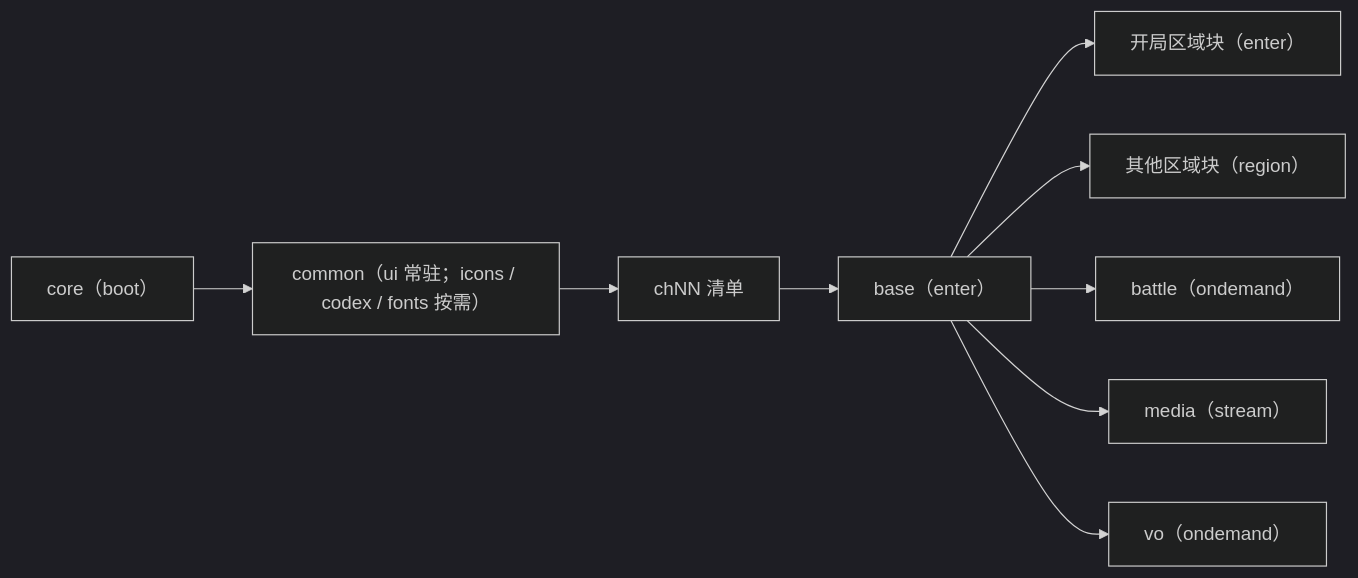
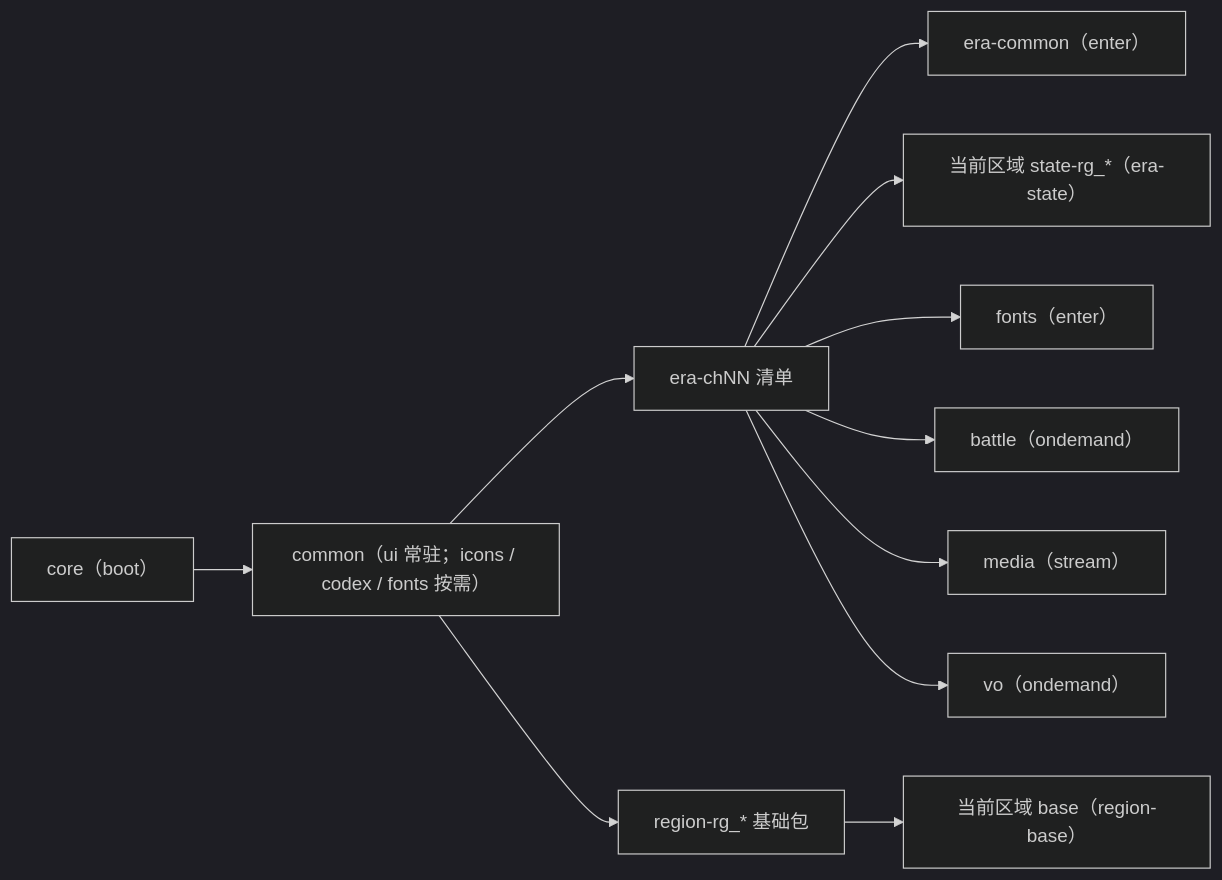
Before and after one commit to radarxc/jinyongqunxia: the third of 7 diagrams in docs/tech/06-asset-storage.md, drawn with Mermaid (dark theme). The commit also changed other lines of this file and 1 other file, not shown here.

````diff
--- a/docs/tech/06-asset-storage.md
+++ b/docs/tech/06-asset-storage.md
@@ -750,11 +786,13 @@
 ```mermaid
 flowchart LR
   core["core（boot）"] --> common["common（ui 常驻；icons / codex / fonts 按需）"]
-  common --> chm["chNN 清单"]
-  chm --> base["base（enter）"]
-  base --> rgS["开局区域块（enter）"]
-  base --> rgX["其他区域块（region）"]
-  base --> bt["battle（ondemand）"]
-  base --> md["media（stream）"]
-  base --> vo["vo（ondemand）"]
+  common --> era["era-chNN 清单"]
+  common --> region["region-rg_* 基础包"]
+  era --> ec["era-common（enter）"]
+  region --> rb["当前区域 base（region-base）"]
+  era --> rs["当前区域 state-rg_*（era-state）"]
+  era --> font["fonts（enter）"]
+  era --> bt["battle（ondemand）"]
+  era --> md["media（stream）"]
+  era --> vo["vo（ondemand）"]
 ```
````
